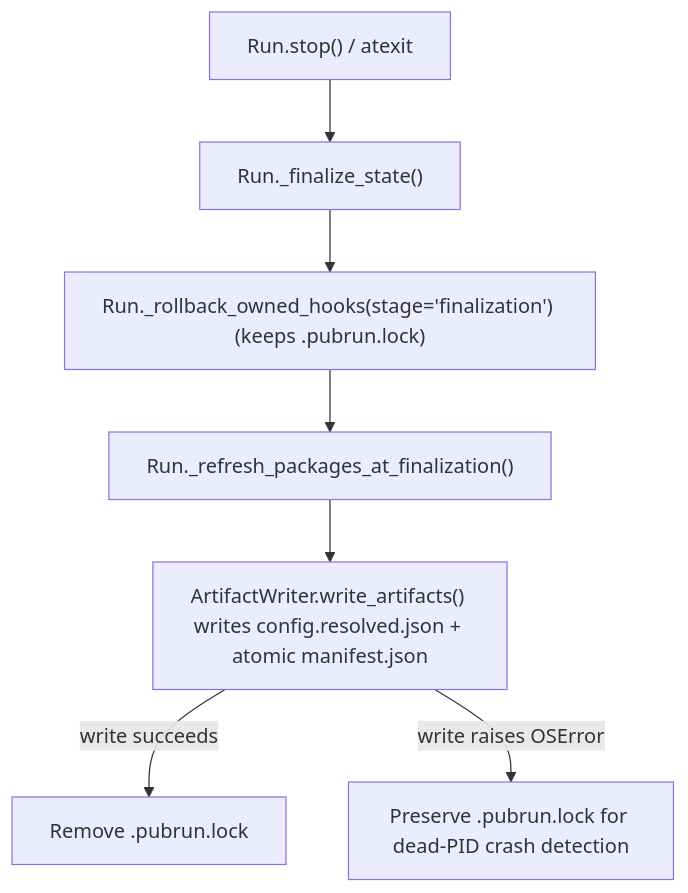
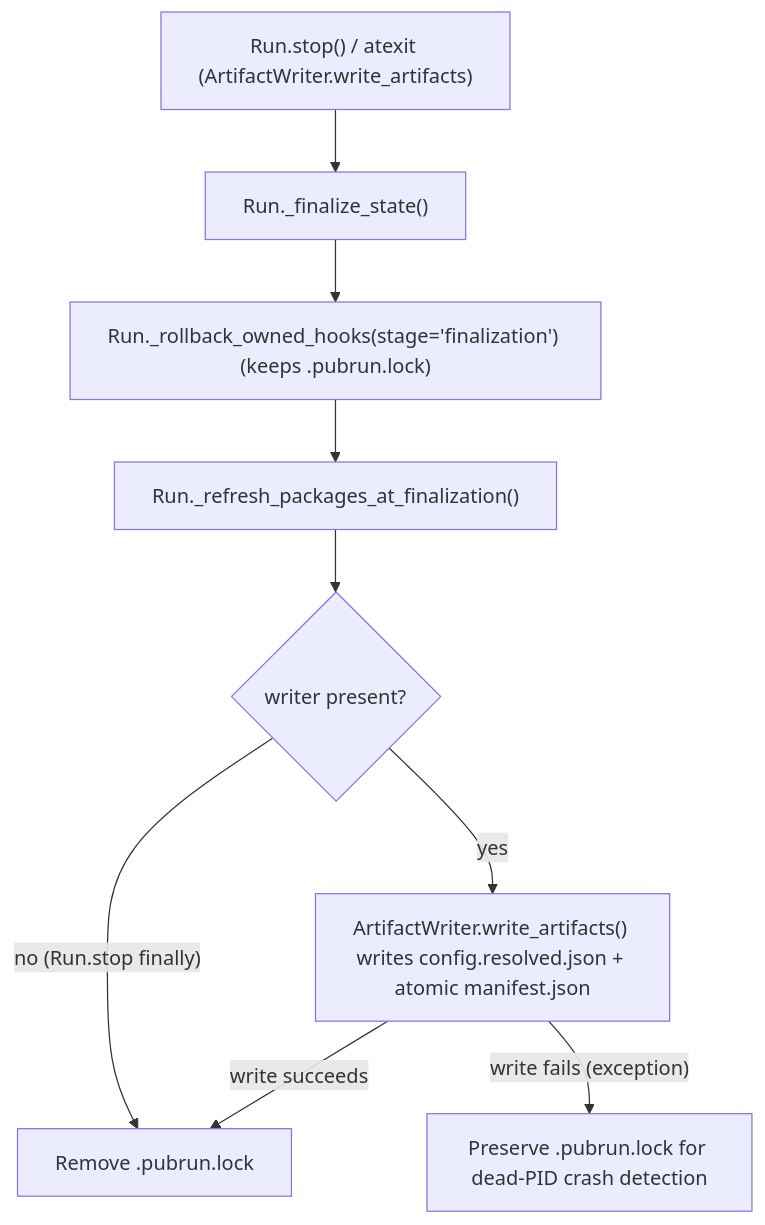
The diagram in .aw/records/plans/pending/20261127-assess-bt-01-wcjdbu-core-lifecycle-lock-ordering-config-safety-and-status-classi.ipd.md (fariello/pubrun), drawn with Mermaid before and after one commit. The commit also changed other lines of this file and 1 other file, not shown here.

````diff
--- a/.aw/records/plans/pending/20261127-assess-bt-01-wcjdbu-core-lifecycle-lock-ordering-config-safety-and-status-classi.ipd.md
+++ b/.aw/records/plans/pending/20261127-assess-bt-01-wcjdbu-core-lifecycle-lock-ordering-config-safety-and-status-classi.ipd.md
@@ -32,9 +35,11 @@
 ```mermaid
 flowchart TD
-    STOP["Run.stop() / atexit"] --> FIN["Run._finalize_state()"]
+    STOP["Run.stop() / atexit (ArtifactWriter.write_artifacts)"] --> FIN["Run._finalize_state()"]
     FIN --> HOOKS["Run._rollback_owned_hooks(stage='finalization') (keeps .pubrun.lock)"]
     HOOKS --> PKG["Run._refresh_packages_at_finalization()"]
-    PKG --> WRITE["ArtifactWriter.write_artifacts() writes config.resolved.json + atomic manifest.json"]
-    WRITE -->|"write succeeds"| UNLOCK["Remove .pubrun.lock"]
-    WRITE -->|"write raises OSError"| KEEP["Preserve .pubrun.lock for dead-PID crash detection"]
+    PKG --> HASW{"writer present?"}
+    HASW -->|"yes"| WRITE["ArtifactWriter.write_artifacts() writes config.resolved.json + atomic manifest.json"]
+    HASW -->|"no (Run.stop finally)"| UNLOCK["Remove .pubrun.lock"]
+    WRITE -->|"write succeeds"| UNLOCK
+    WRITE -->|"write fails (exception)"| KEEP["Preserve .pubrun.lock for dead-PID crash detection"]
 ```
````
